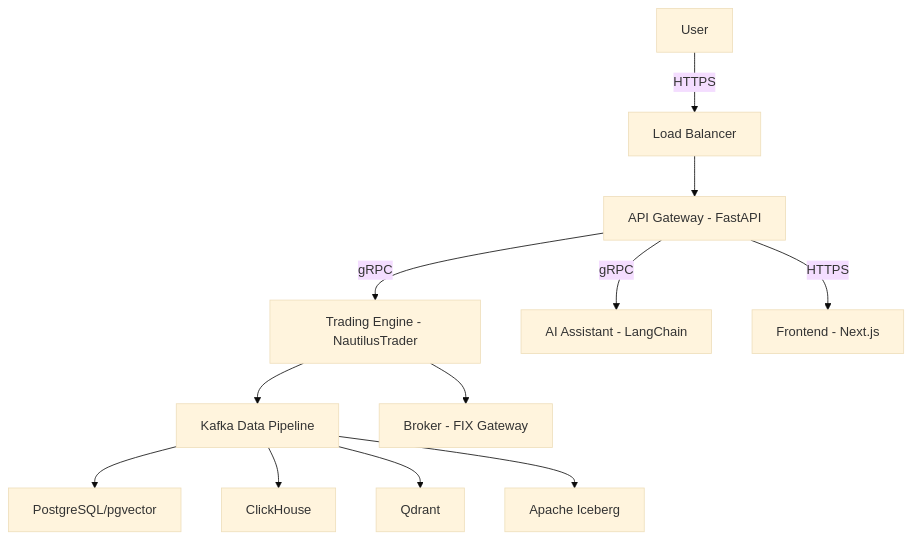
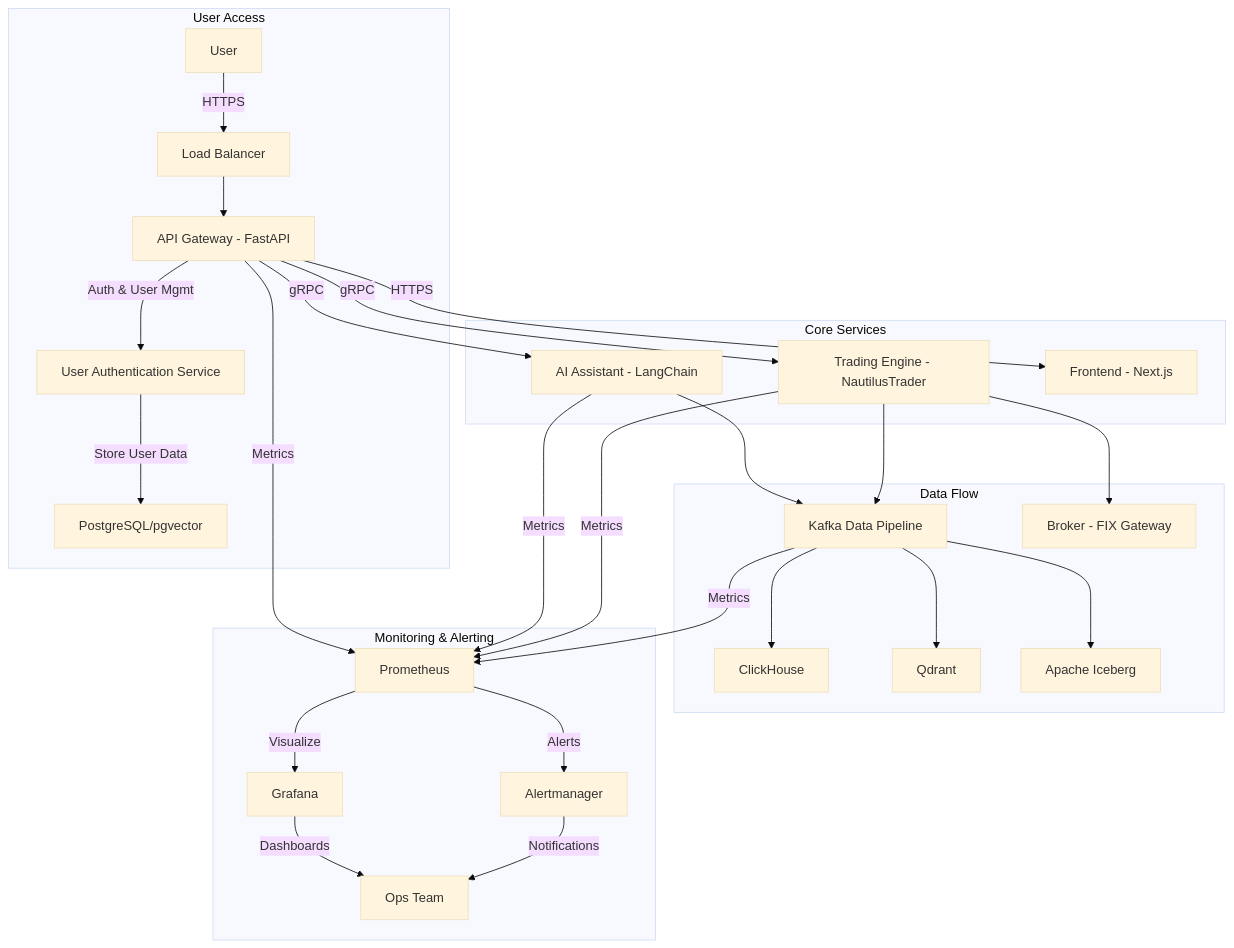
Before and after one commit to vincentspereira/Algorithmic-Trading-System: the first of 3 diagrams in docs/13. Deployment Guide - Algorithmic Trading System.markdown, drawn with Mermaid (base theme). The commit also changed other lines of this file and 59 other files, not shown here.

````diff
--- a/docs/13. Deployment Guide - Algorithmic Trading System.markdown
+++ b/docs/13. Deployment Guide - Algorithmic Trading System.markdown
@@ -106,14 +119,35 @@
 ```mermaid
 graph TD
-    A[User] -->|HTTPS| B[Load Balancer]
-    B --> C[API Gateway - FastAPI]
-    C -->|gRPC| D[Trading Engine - NautilusTrader]
-    C -->|gRPC| E[AI Assistant - LangChain]
-    C -->|HTTPS| F[Frontend - Next.js]
-    D --> G[Kafka Data Pipeline]
-    G --> H[PostgreSQL/pgvector]
-    G --> I[ClickHouse]
-    G --> J[Qdrant]
-    G --> K[Apache Iceberg]
-    D --> L[Broker - FIX Gateway]
+    subgraph User Access
+        A[User] -->|HTTPS| B[Load Balancer]
+        B --> C[API Gateway - FastAPI]
+        C -->|Auth & User Mgmt| D[User Authentication Service]
+        D -->|Store User Data| E[PostgreSQL/pgvector]
+    end
+
+    subgraph Core Services
+        C -->|gRPC| F[Trading Engine - NautilusTrader]
+        C -->|gRPC| G[AI Assistant - LangChain]
+        C -->|HTTPS| H[Frontend - Next.js]
+    end
+
+    subgraph Data Flow
+        F --> I[Kafka Data Pipeline]
+        G --> I
+        I --> J[ClickHouse]
+        I --> K[Qdrant]
+        I --> L[Apache Iceberg]
+        F --> M[Broker - FIX Gateway]
+    end
+
+    subgraph Monitoring & Alerting
+        F -->|Metrics| N[Prometheus]
+        G -->|Metrics| N
+        I -->|Metrics| N
+        C -->|Metrics| N
+        N -->|Alerts| O[Alertmanager]
+        O -->|Notifications| P[Ops Team]
+        N -->|Visualize| Q[Grafana]
+        Q -->|Dashboards| P
+    end
 ```
````
